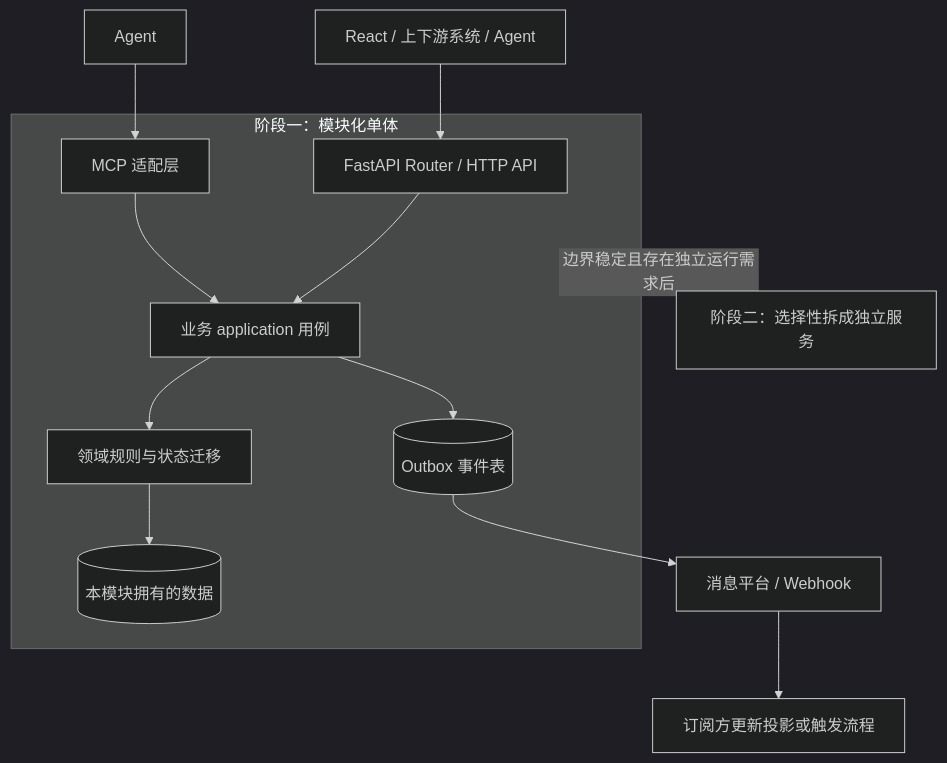
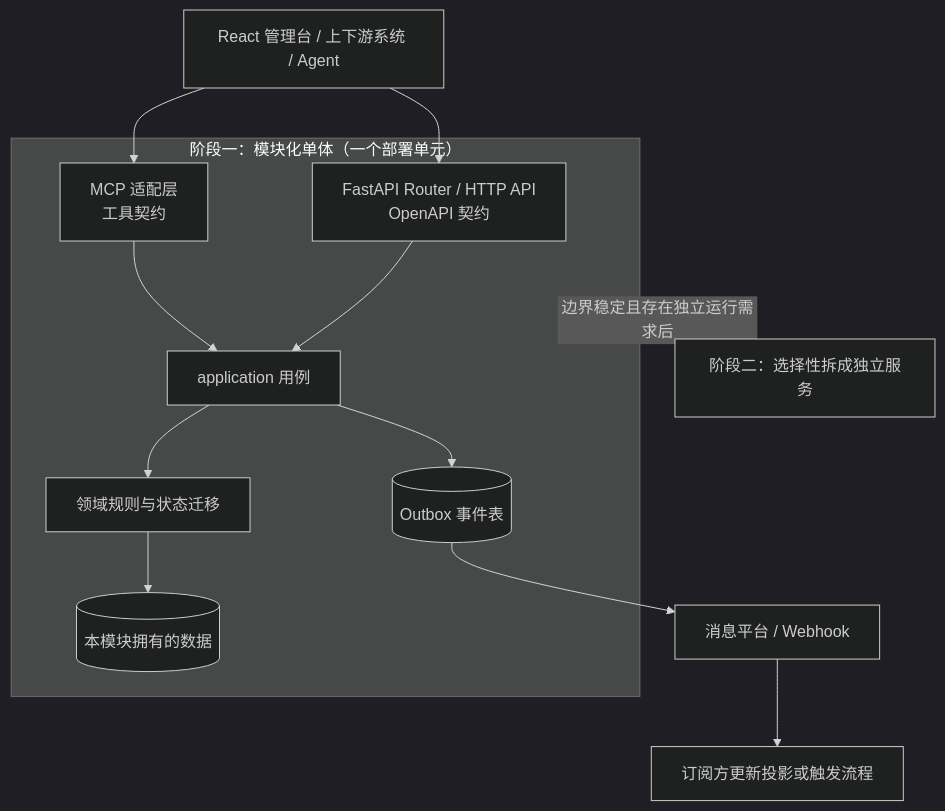
The second of 9 diagrams in wiki/syntheses/DDD模块边界与数据协作.md (GY0316/WIKI-knowledge), drawn with Mermaid (dark theme) before and after one commit. The commit also changed other lines of this file and 7 other files, not shown here.

````diff
--- a/wiki/syntheses/DDD模块边界与数据协作.md
+++ b/wiki/syntheses/DDD模块边界与数据协作.md
@@ -32,24 +161,24 @@
 ```mermaid
 flowchart TB
-    Caller[React / 上下游系统 / Agent] --> HTTP[FastAPI Router / HTTP API]
-    HTTP --> UC[业务 application 用例]
-    Agent[Agent] --> MCP[MCP 适配层]
+    Caller["React 管理台 / 上下游系统 / Agent"]
+    Caller --> HTTP["FastAPI Router / HTTP API<br/>OpenAPI 契约"]
+    Caller --> MCP["MCP 适配层<br/>工具契约"]
+    HTTP --> UC["application 用例"]
     MCP --> UC
+    UC --> DOM["领域规则与状态迁移"]
+    DOM --> DB[("本模块拥有的数据")]
+    UC --> OB[("Outbox 事件表")]
+    OB --> EV["消息平台 / Webhook"]
+    EV --> SUB["订阅方更新投影或触发流程"]
 
-    UC --> Domain[领域规则与状态迁移]
-    Domain --> Owner[(本模块拥有的数据)]
-    UC --> Outbox[(Outbox 事件表)]
-    Outbox --> Events[消息平台 / Webhook]
-    Events --> Consumers[订阅方更新投影或触发流程]
-
-    subgraph ModularMonolith[阶段一：模块化单体]
-      HTTP
-      MCP
-      UC
-      Domain
-      Owner
-      Outbox
+    subgraph MM["阶段一：模块化单体（一个部署单元）"]
+        HTTP
+        MCP
+        UC
+        DOM
+        DB
+        OB
     end
 
-    ModularMonolith -. 边界稳定且存在独立运行需求后 .-> Microservices[阶段二：选择性拆成独立服务]
+    MM -. 边界稳定且存在独立运行需求后 .-> MS["阶段二：选择性拆成独立服务"]
 ```
````
